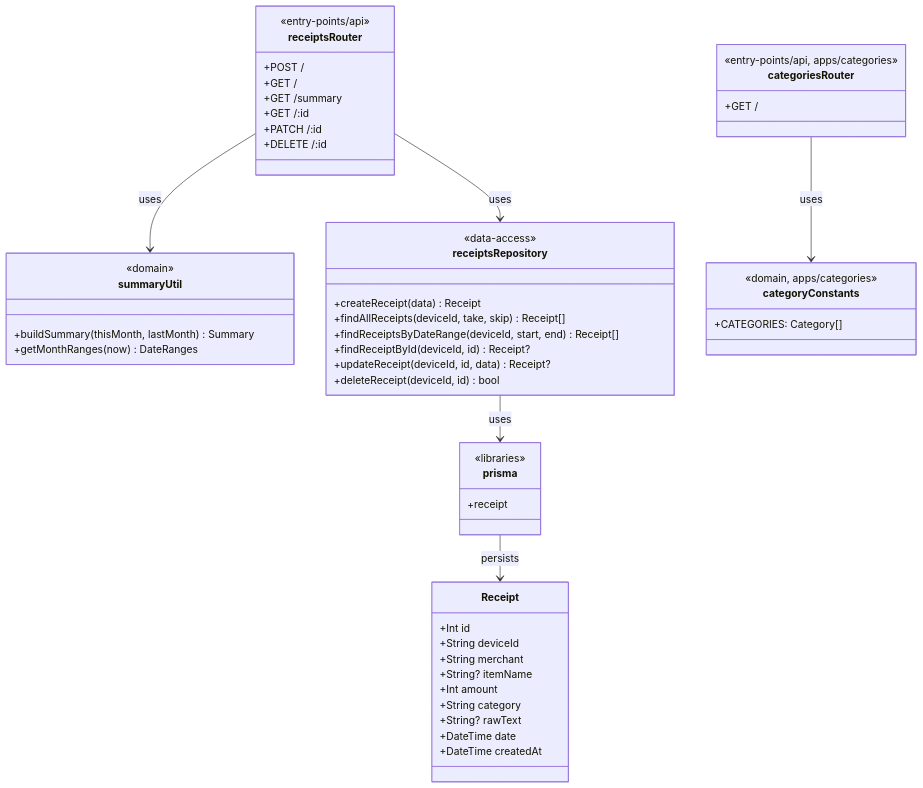
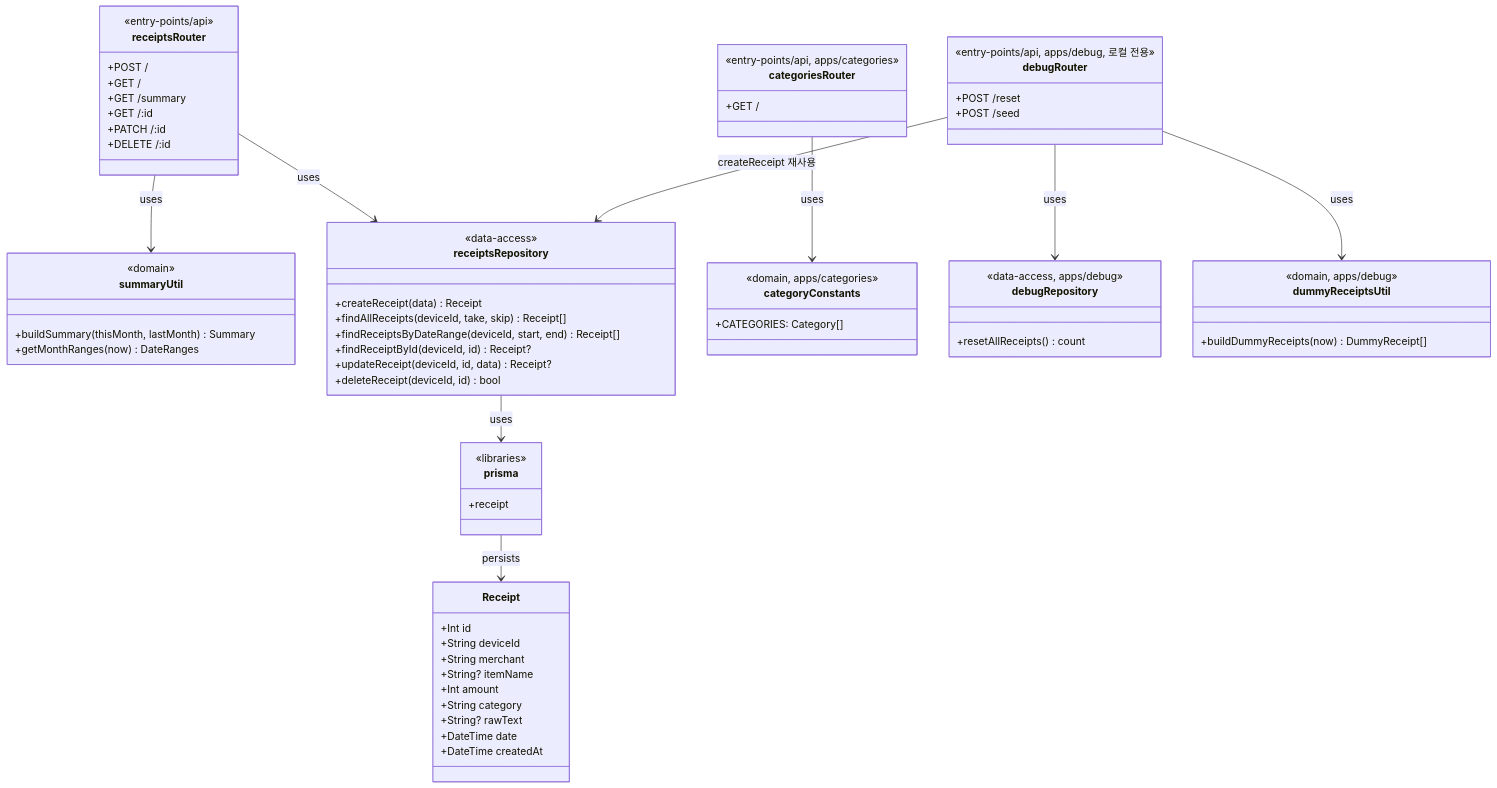
The first of 7 diagrams in docs/architecture.md (silverj0805/receipt-scanner-server), drawn with Mermaid before and after one commit. The commit also changed other lines of this file and 11 other files, not shown here.

````diff
--- a/docs/architecture.md
+++ b/docs/architecture.md
@@ -9,61 +9,80 @@
 ```mermaid
 classDiagram
     class receiptsRouter {
         <<entry-points/api>>
         +POST /
         +GET /
         +GET /summary
         +GET /:id
         +PATCH /:id
         +DELETE /:id
     }
 
     class summaryUtil {
         <<domain>>
         +buildSummary(thisMonth, lastMonth) Summary
         +getMonthRanges(now) DateRanges
     }
 
     class receiptsRepository {
         <<data-access>>
         +createReceipt(data) Receipt
         +findAllReceipts(deviceId, take, skip) Receipt[]
         +findReceiptsByDateRange(deviceId, start, end) Receipt[]
         +findReceiptById(deviceId, id) Receipt?
         +updateReceipt(deviceId, id, data) Receipt?
         +deleteReceipt(deviceId, id) bool
     }
 
     class prisma {
         <<libraries>>
         +receipt
     }
 
     class Receipt {
         +Int id
         +String deviceId
         +String merchant
         +String? itemName
         +Int amount
         +String category
         +String? rawText
         +DateTime date
         +DateTime createdAt
     }
 
     class categoriesRouter {
         <<entry-points/api, apps/categories>>
         +GET /
     }
 
     class categoryConstants {
         <<domain, apps/categories>>
         +CATEGORIES: Category[]
     }
 
+    class debugRouter {
+        <<entry-points/api, apps/debug, 로컬 전용>>
+        +POST /reset
+        +POST /seed
+    }
+
+    class debugRepository {
+        <<data-access, apps/debug>>
+        +resetAllReceipts() count
+    }
+
+    class dummyReceiptsUtil {
+        <<domain, apps/debug>>
+        +buildDummyReceipts(now) DummyReceipt[]
+    }
+
     receiptsRouter --> summaryUtil : uses
     receiptsRouter --> receiptsRepository : uses
     receiptsRepository --> prisma : uses
     prisma --> Receipt : persists
     categoriesRouter --> categoryConstants : uses
+    debugRouter --> debugRepository : uses
+    debugRouter --> dummyReceiptsUtil : uses
+    debugRouter --> receiptsRepository : createReceipt 재사용
 ```
````
